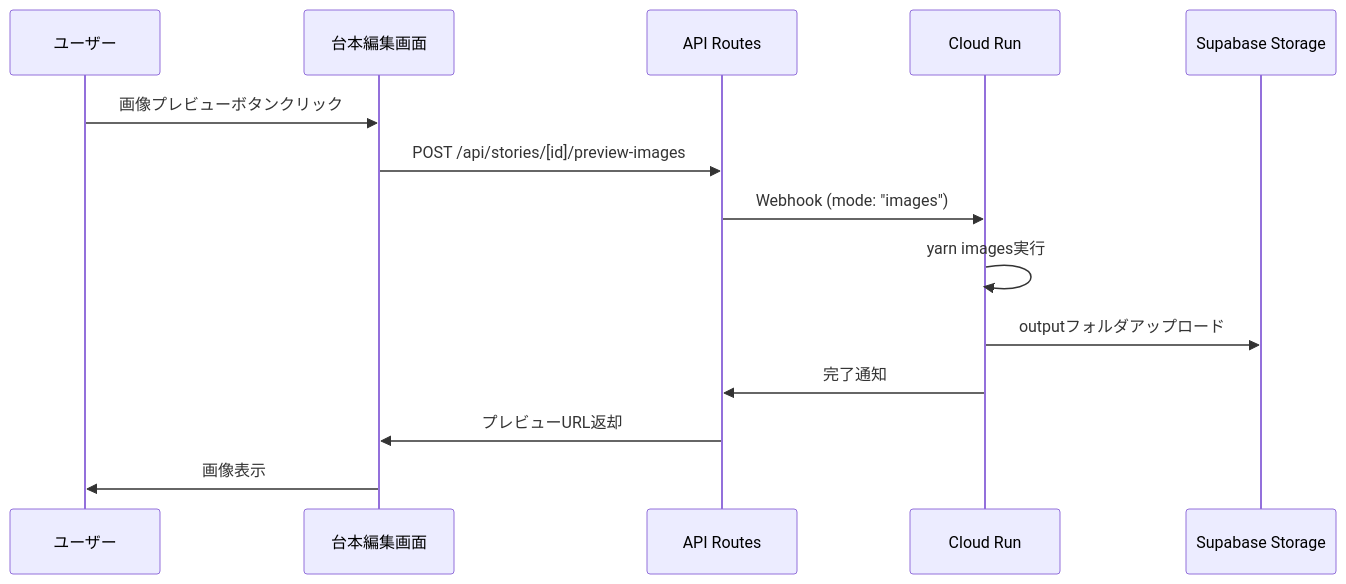
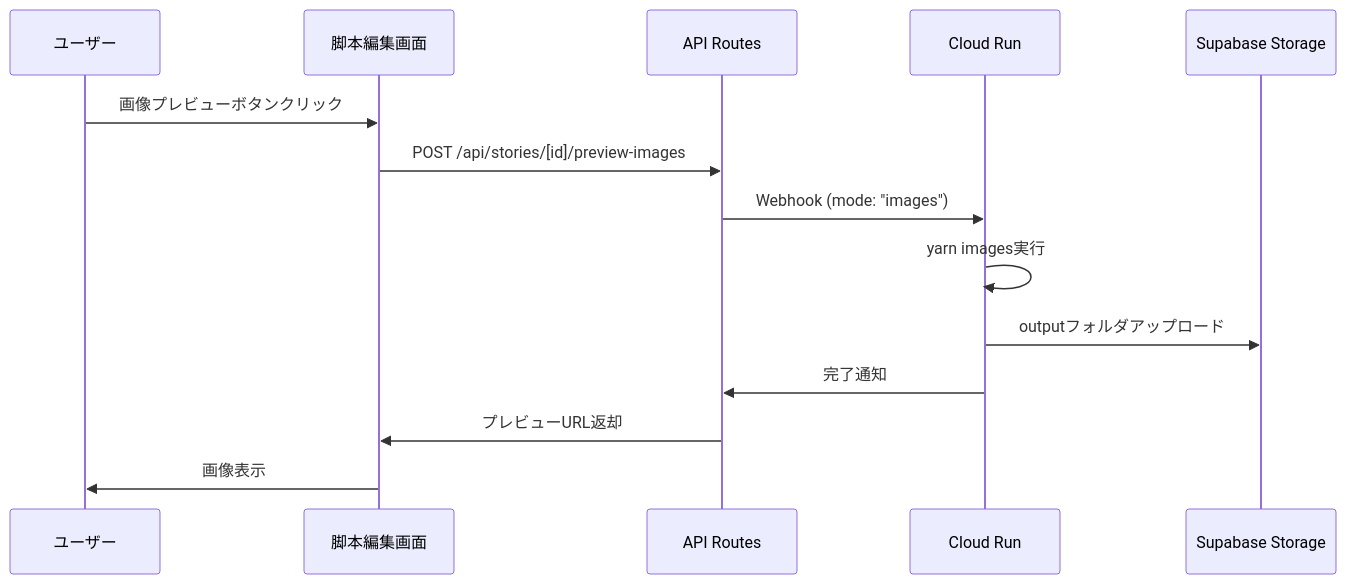
The diagram in docs/features/image-preview-implementation-plan.md (akibsystems/showgeki2), drawn with Mermaid before and after one commit. The commit also changed other lines of this file and 27 other files, not shown here.

````diff
--- a/docs/features/image-preview-implementation-plan.md
+++ b/docs/features/image-preview-implementation-plan.md
@@ -28,17 +28,17 @@
 ```mermaid
 sequenceDiagram
     participant User as ユーザー
-    participant UI as 台本編集画面
+    participant UI as 脚本編集画面
     participant API as API Routes
     participant CloudRun as Cloud Run
     participant Supabase as Supabase Storage
     
     User->>UI: 画像プレビューボタンクリック
     UI->>API: POST /api/stories/[id]/preview-images
     API->>CloudRun: Webhook (mode: "images")
     CloudRun->>CloudRun: yarn images実行
     CloudRun->>Supabase: outputフォルダアップロード
     CloudRun->>API: 完了通知
     API->>UI: プレビューURL返却
     UI->>User: 画像表示
 ```
````
